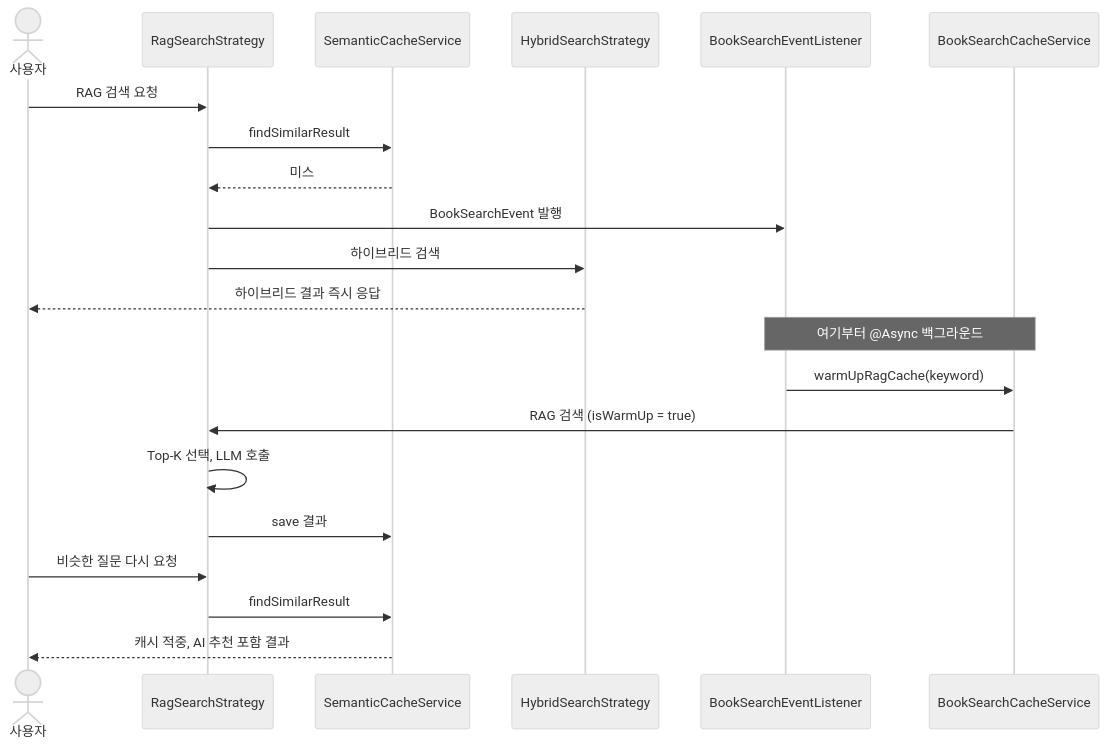
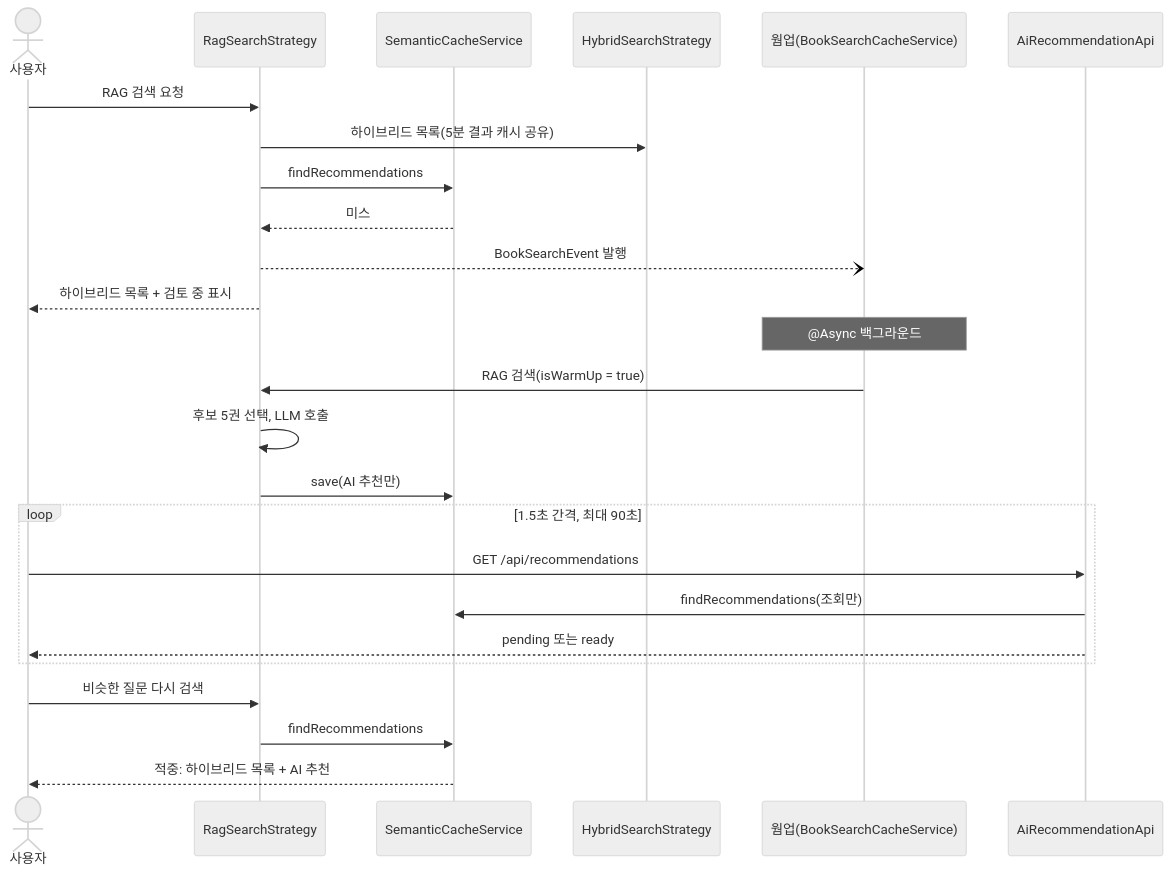
Before and after one commit to nhn-academy-marco/ai-library: the first of 2 diagrams in docs/step-4/03.semantic-caching.md, drawn with Mermaid (neutral theme). The commit also changed other lines of this file and 10 other files, not shown here.

First line of the commit message:
docs: 사례집에 성능·RAG·커넥션 풀·LLM 지연 사례 추가, 대상 독자 표현 정리

````diff
--- a/docs/step-4/03.semantic-caching.md
+++ b/docs/step-4/03.semantic-caching.md
@@ -77,24 +98,28 @@
 ```mermaid
 sequenceDiagram
     actor U as 사용자
     participant R as RagSearchStrategy
     participant C as SemanticCacheService
     participant H as HybridSearchStrategy
-    participant L as BookSearchEventListener
-    participant W as BookSearchCacheService
+    participant W as 웜업(BookSearchCacheService)
+    participant API as AiRecommendationApi
 
     U->>R: RAG 검색 요청
-    R->>C: findSimilarResult
+    R->>H: 하이브리드 목록(5분 결과 캐시 공유)
+    R->>C: findRecommendations
     C-->>R: 미스
-    R->>L: BookSearchEvent 발행
-    R->>H: 하이브리드 검색
-    H-->>U: 하이브리드 결과 즉시 응답
-    Note over L,W: 여기부터 @Async 백그라운드
-    L->>W: warmUpRagCache(keyword)
-    W->>R: RAG 검색 (isWarmUp = true)
-    R->>R: Top-K 선택, LLM 호출
-    R->>C: save 결과
-    U->>R: 비슷한 질문 다시 요청
-    R->>C: findSimilarResult
-    C-->>U: 캐시 적중, AI 추천 포함 결과
+    R--)W: BookSearchEvent 발행
+    R-->>U: 하이브리드 목록 + 검토 중 표시
+    Note over W: @Async 백그라운드
+    W->>R: RAG 검색(isWarmUp = true)
+    R->>R: 후보 5권 선택, LLM 호출
+    R->>C: save(AI 추천만)
+    loop 1.5초 간격, 최대 90초
+        U->>API: GET /api/recommendations
+        API->>C: findRecommendations(조회만)
+        API-->>U: pending 또는 ready
+    end
+    U->>R: 비슷한 질문 다시 검색
+    R->>C: findRecommendations
+    C-->>U: 적중: 하이브리드 목록 + AI 추천
 ```
````
